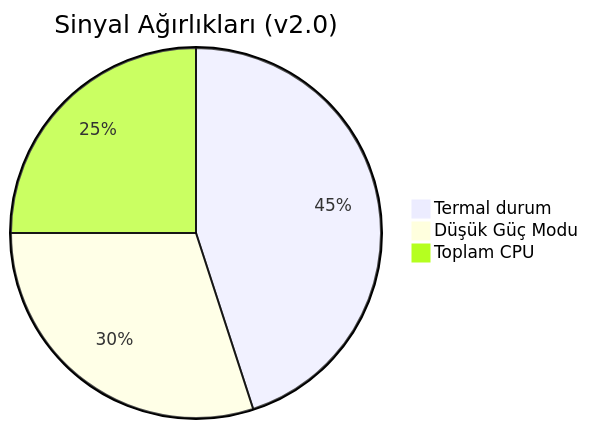
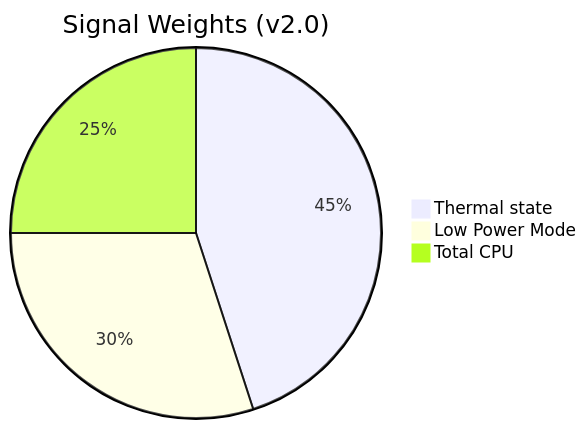
Before and after one commit to TunaZpxv/PowerWall: the first of 2 diagrams in ROADMAP.md, drawn with Mermaid. The commit also changed other lines of this file, not shown here.

Commit message:
Roadmap: English, consistent metrics, contact, 3-month target

````diff
--- a/ROADMAP.md
+++ b/ROADMAP.md
@@ -25,6 +29,6 @@
 ```mermaid
-pie title Sinyal Ağırlıkları (v2.0)
-    "Termal durum" : 45
-    "Düşük Güç Modu" : 30
-    "Toplam CPU" : 25
+pie title Signal Weights (v2.0)
+    "Thermal state" : 45
+    "Low Power Mode" : 30
+    "Total CPU" : 25
 ```
````
